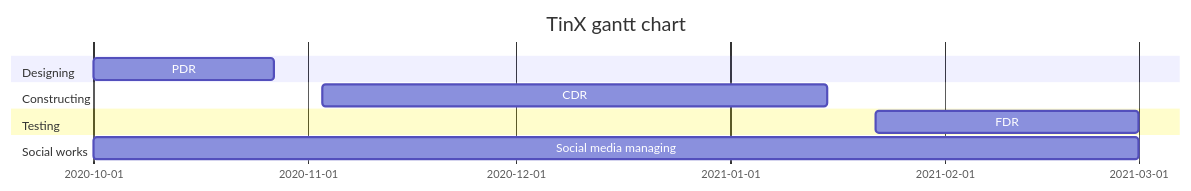
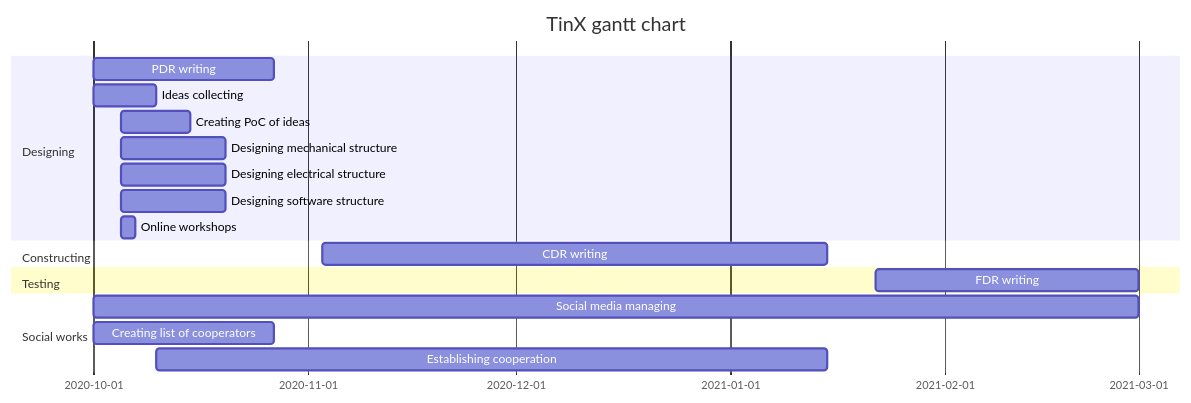
Before and after one commit to TinXsat/project-structure: the diagram in gantt-chart.md, drawn with Mermaid.

Commit message:
Update gantt-chart.md
Create a design and social works section

````diff
--- a/gantt-chart.md
+++ b/gantt-chart.md
@@ -25,15 +25,26 @@
 ```mermaid
 gantt
     title TinX gantt chart
     dateFormat  YYYY-MM-DD
     
     section Designing
-    PDR : 2020-10-01, 2020-10-27
+    PDR writing : 2020-10-01, 2020-10-27
+    Ideas collecting : 2020-10-01, 2020-10-10
+    Creating PoC of ideas : 2020-10-05, 2020-10-15
+    Designing mechanical structure : 2020-10-05, 2020-10-20
+    Designing electrical structure : 2020-10-05, 2020-10-20
+    Designing software structure : 2020-10-05, 2020-10-20
+    Online workshops : 2020-10-05, 2020-10-07
+    
     section Constructing
-    CDR : 2020-11-03, 2021-01-15
+    CDR writing : 2020-11-03, 2021-01-15
+
     section Testing 
-    FDR : 2021-01-22, 2021-03-01
+    FDR writing : 2021-01-22, 2021-03-01
+    
     section Social works
     Social media managing : 2020-10-01, 2021-03-01
+    Creating list of cooperators : 2020-10-01, 2020-10-27
+    Establishing cooperation : 2020-10-10, 2021-01-15
     
 ```
````
